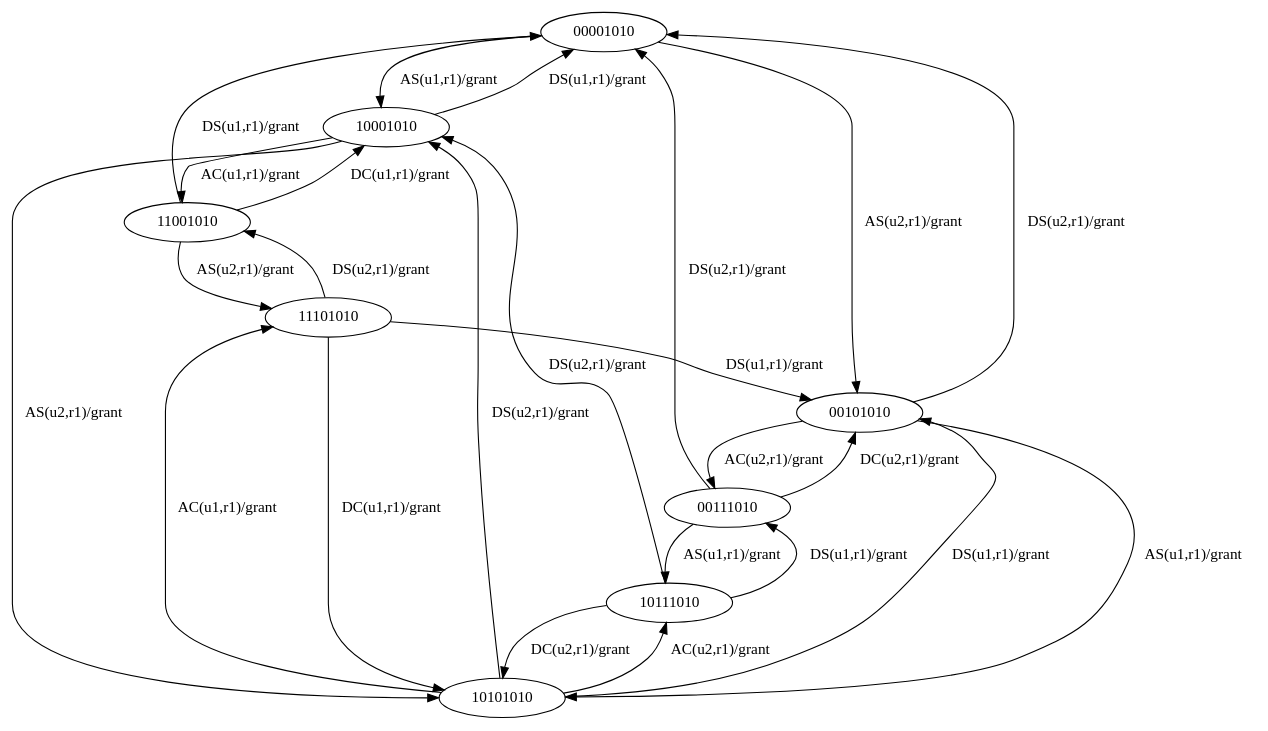
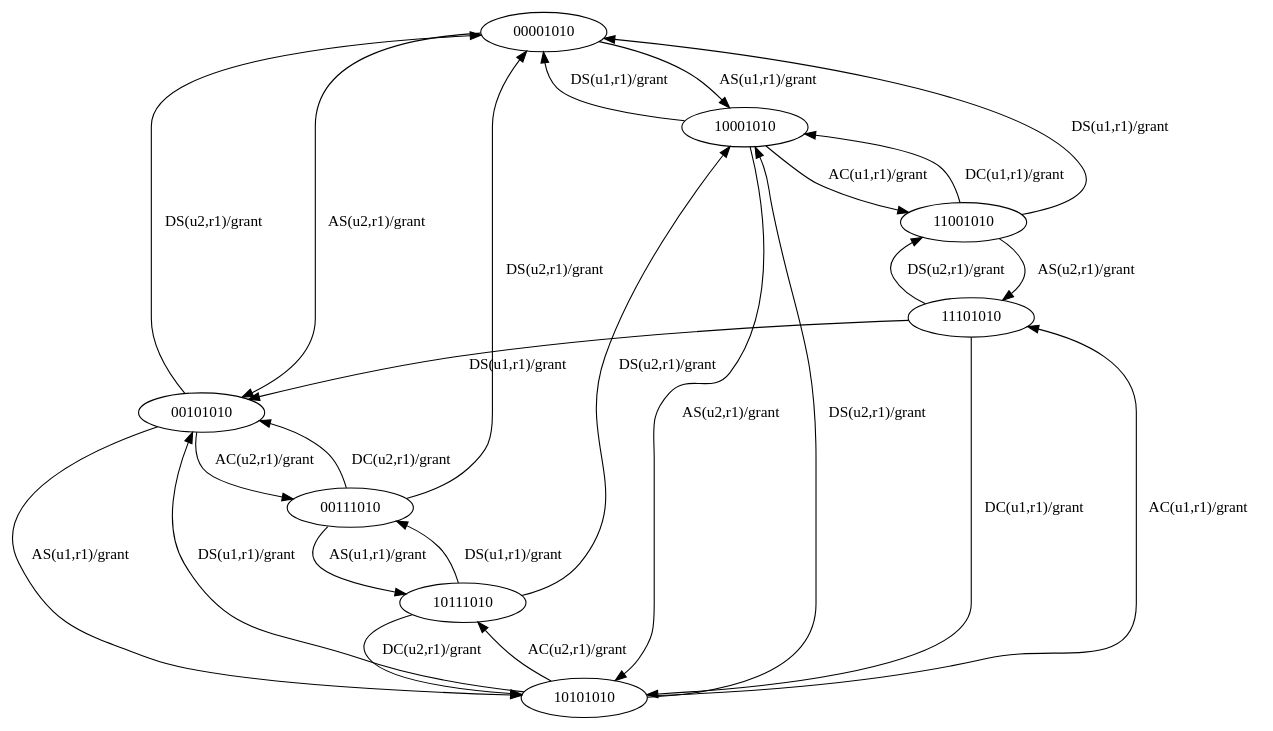
Before and after one commit to damascenodiego/rbac-bt: the diagram in rbac-bt/policy_example/Masood2010Example1/Du_INCREMENT/Masood2010Example1_Du_INCREMENT_1.dot, drawn with Graphviz. The commit also changed other lines of this file and 82 other files, not shown here.

```diff
--- a/rbac-bt/policy_example/Masood2010Example1/Du_INCREMENT/Masood2010Example1_Du_INCREMENT_1.dot
+++ b/rbac-bt/policy_example/Masood2010Example1/Du_INCREMENT/Masood2010Example1_Du_INCREMENT_1.dot
@@ -1,26 +1,26 @@
 digraph rbac2Fsm {
   00001010 -> 10001010 [ label ="AS(u1,r1)/grant"];
   00001010 -> 00101010 [ label ="AS(u2,r1)/grant"];
   00101010 -> 10101010 [ label ="AS(u1,r1)/grant"];
   10001010 -> 00001010 [ label ="DS(u1,r1)/grant"];
   10001010 -> 11001010 [ label ="AC(u1,r1)/grant"];
   10001010 -> 10101010 [ label ="AS(u2,r1)/grant"];
   00101010 -> 00001010 [ label ="DS(u2,r1)/grant"];
   00101010 -> 00111010 [ label ="AC(u2,r1)/grant"];
   10101010 -> 00101010 [ label ="DS(u1,r1)/grant"];
+  00111010 -> 10111010 [ label ="AS(u1,r1)/grant"];
   10101010 -> 11101010 [ label ="AC(u1,r1)/grant"];
   11001010 -> 00001010 [ label ="DS(u1,r1)/grant"];
-  11001010 -> 10001010 [ label ="DC(u1,r1)/grant"];
   10101010 -> 10001010 [ label ="DS(u2,r1)/grant"];
   10101010 -> 10111010 [ label ="AC(u2,r1)/grant"];
-  00111010 -> 10111010 [ label ="AS(u1,r1)/grant"];
+  11001010 -> 10001010 [ label ="DC(u1,r1)/grant"];
   11001010 -> 11101010 [ label ="AS(u2,r1)/grant"];
   00111010 -> 00001010 [ label ="DS(u2,r1)/grant"];
   00111010 -> 00101010 [ label ="DC(u2,r1)/grant"];
+  10111010 -> 00111010 [ label ="DS(u1,r1)/grant"];
   11101010 -> 00101010 [ label ="DS(u1,r1)/grant"];
-  10111010 -> 00111010 [ label ="DS(u1,r1)/grant"];
   11101010 -> 10101010 [ label ="DC(u1,r1)/grant"];
   11101010 -> 11001010 [ label ="DS(u2,r1)/grant"];
   10111010 -> 10001010 [ label ="DS(u2,r1)/grant"];
   10111010 -> 10101010 [ label ="DC(u2,r1)/grant"];
 }
```
